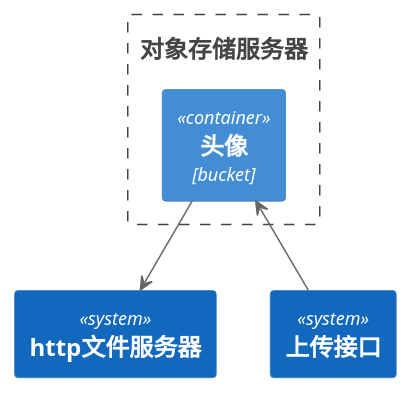
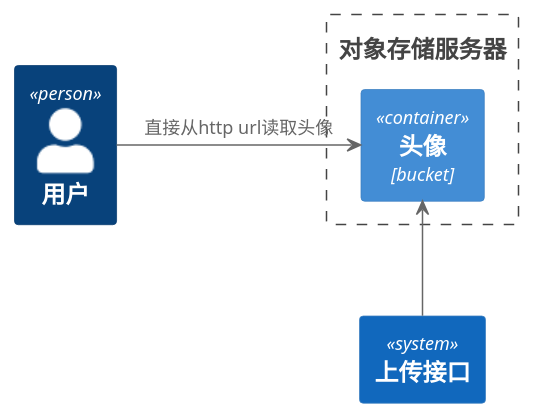
The fourth of 6 diagrams in 云与虚拟化/存储/基础知识/存储服务器和存储类型/readme.md (gardenerframework/impatiens), drawn with PlantUML before and after one commit. The commit also changed other lines of this file and 2 other files, not shown here.

````diff
--- a/云与虚拟化/存储/基础知识/存储服务器和存储类型/readme.md
+++ b/云与虚拟化/存储/基础知识/存储服务器和存储类型/readme.md
@@ -95,16 +95,14 @@
 ```plantuml
 @startuml
 !include  https://plantuml.s3.cn-north-1.jdcloud-oss.com/C4_Container.puml
-
-System(主机1, http文件服务器)
+Person(用户, 用户)
 System(主机2, 上传接口)
 Boundary(oss, 对象存储服务器) {
     Container(foldder1, 头像, bucket)
-    
 }
 
-foldder1 --> 主机1
+用户 -r-> foldder1: 直接从http url读取头像
 主机2 -u-> foldder1
 
 @enduml
 ```
````
